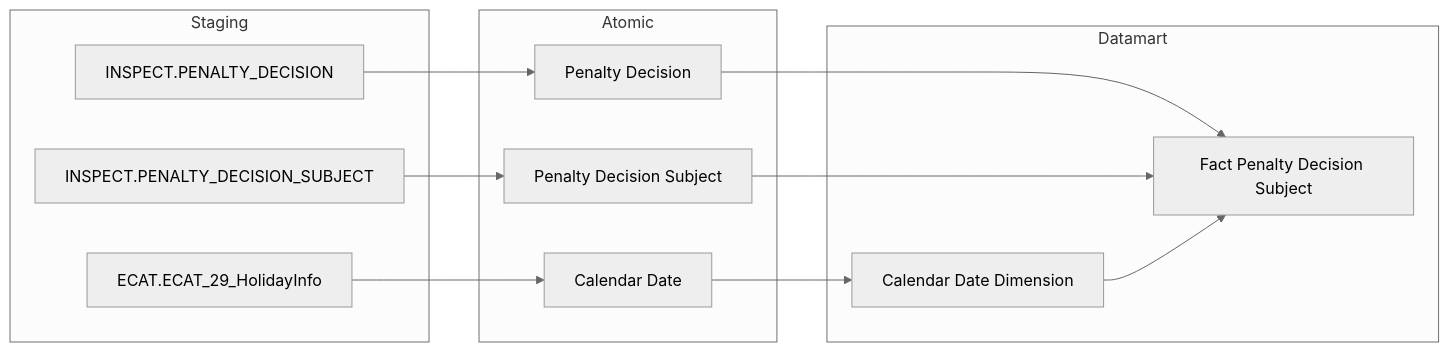
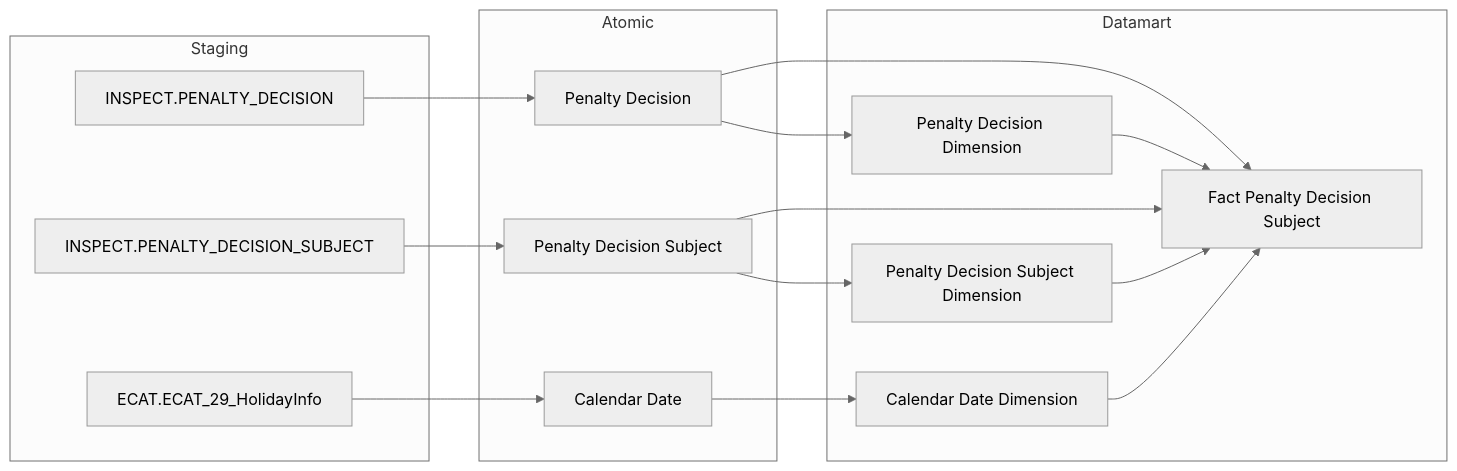
The ninth of 50 diagrams in Datamart/hld/DTM_TT_HLD.md (linhlvit/ubck_atomic_design), drawn with Mermaid (neutral theme) before and after one commit. The commit also changed other lines of this file and 26 other files, not shown here.

````diff
--- a/Datamart/hld/DTM_TT_HLD.md
+++ b/Datamart/hld/DTM_TT_HLD.md
@@ -303,28 +309,34 @@
 ```mermaid
 flowchart LR
     subgraph SRC["Staging"]
         S1["INSPECT.PENALTY_DECISION"]
         S2["INSPECT.PENALTY_DECISION_SUBJECT"]
         ECAT_HolidayInfo["ECAT.ECAT_29_HolidayInfo"]
     end
 
     subgraph SIL["Atomic"]
         SV1["Penalty Decision"]
         SV2["Penalty Decision Subject"]
         Calendar_Date["Calendar Date"]
     end
 
     subgraph GOLD["Datamart"]
         G1["Fact Penalty Decision Subject"]
         G2["Calendar Date Dimension"]
+        G3["Penalty Decision Subject Dimension"]
+        G4["Penalty Decision Dimension"]
     end
 
     S1 --> SV1
     S2 --> SV2
     ECAT_HolidayInfo --> Calendar_Date
 
     SV1 --> G1
+    SV1 --> G4
     SV2 --> G1
+    SV2 --> G3
     Calendar_Date --> G2
     G2 --> G1
+    G3 --> G1
+    G4 --> G1
 ```
````
